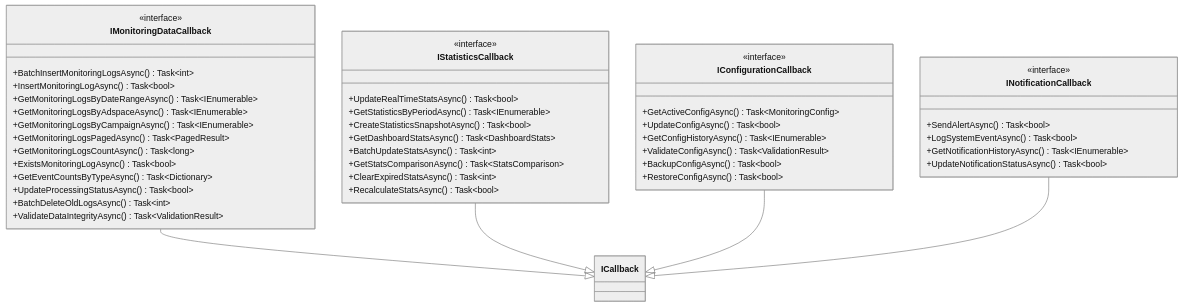
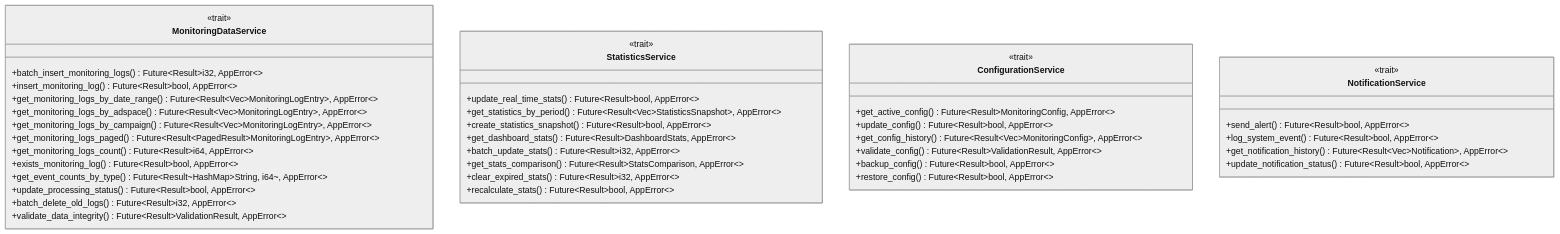
Before and after one commit to lornshrimp/Lorn.ADSP.Rust: the third of 8 diagrams in docs_TecDesign/广告投放引擎/广告效果监测服务设计/广告效果监测服务数据访问层设计.md, drawn with Mermaid (neutral theme). The commit also changed other lines of this file and 8 other files, not shown here.

````diff
--- a/docs_TecDesign/广告投放引擎/广告效果监测服务设计/广告效果监测服务数据访问层设计.md
+++ b/docs_TecDesign/广告投放引擎/广告效果监测服务设计/广告效果监测服务数据访问层设计.md
@@ -87,53 +87,48 @@
 ```mermaid
 classDiagram
-    class IMonitoringDataCallback {
-        <<interface>>
-        +BatchInsertMonitoringLogsAsync() Task~int~
-        +InsertMonitoringLogAsync() Task~bool~
-        +GetMonitoringLogsByDateRangeAsync() Task~IEnumerable~
-        +GetMonitoringLogsByAdspaceAsync() Task~IEnumerable~
-        +GetMonitoringLogsByCampaignAsync() Task~IEnumerable~
-        +GetMonitoringLogsPagedAsync() Task~PagedResult~
-        +GetMonitoringLogsCountAsync() Task~long~
-        +ExistsMonitoringLogAsync() Task~bool~
-        +GetEventCountsByTypeAsync() Task~Dictionary~
-        +UpdateProcessingStatusAsync() Task~bool~
-        +BatchDeleteOldLogsAsync() Task~int~
-        +ValidateDataIntegrityAsync() Task~ValidationResult~
+    class MonitoringDataService {
+        <<trait>>
+        +batch_insert_monitoring_logs() Future~Result~i32, AppError~~
+        +insert_monitoring_log() Future~Result~bool, AppError~~
+        +get_monitoring_logs_by_date_range() Future~Result~Vec~MonitoringLogEntry~, AppError~~
+        +get_monitoring_logs_by_adspace() Future~Result~Vec~MonitoringLogEntry~, AppError~~
+        +get_monitoring_logs_by_campaign() Future~Result~Vec~MonitoringLogEntry~, AppError~~
+        +get_monitoring_logs_paged() Future~Result~PagedResult~MonitoringLogEntry~, AppError~~
+        +get_monitoring_logs_count() Future~Result~i64, AppError~~
+        +exists_monitoring_log() Future~Result~bool, AppError~~
+        +get_event_counts_by_type() Future~Result~HashMap~String, i64~, AppError~~
+        +update_processing_status() Future~Result~bool, AppError~~
+        +batch_delete_old_logs() Future~Result~i32, AppError~~
+        +validate_data_integrity() Future~Result~ValidationResult, AppError~~
     }
     
-    class IStatisticsCallback {
-        <<interface>>
-        +UpdateRealTimeStatsAsync() Task~bool~
-        +GetStatisticsByPeriodAsync() Task~IEnumerable~
-        +CreateStatisticsSnapshotAsync() Task~bool~
-        +GetDashboardStatsAsync() Task~DashboardStats~
-        +BatchUpdateStatsAsync() Task~int~
-        +GetStatsComparisonAsync() Task~StatsComparison~
-        +ClearExpiredStatsAsync() Task~int~
-        +RecalculateStatsAsync() Task~bool~
+    class StatisticsService {
+        <<trait>>
+        +update_real_time_stats() Future~Result~bool, AppError~~
+        +get_statistics_by_period() Future~Result~Vec~StatisticsSnapshot~, AppError~~
+        +create_statistics_snapshot() Future~Result~bool, AppError~~
+        +get_dashboard_stats() Future~Result~DashboardStats, AppError~~
+        +batch_update_stats() Future~Result~i32, AppError~~
+        +get_stats_comparison() Future~Result~StatsComparison, AppError~~
+        +clear_expired_stats() Future~Result~i32, AppError~~
+        +recalculate_stats() Future~Result~bool, AppError~~
     }
     
-    class IConfigurationCallback {
-        <<interface>>
-        +GetActiveConfigAsync() Task~MonitoringConfig~
-        +UpdateConfigAsync() Task~bool~
-        +GetConfigHistoryAsync() Task~IEnumerable~
-        +ValidateConfigAsync() Task~ValidationResult~
-        +BackupConfigAsync() Task~bool~
-        +RestoreConfigAsync() Task~bool~
+    class ConfigurationService {
+        <<trait>>
+        +get_active_config() Future~Result~MonitoringConfig, AppError~~
+        +update_config() Future~Result~bool, AppError~~
+        +get_config_history() Future~Result~Vec~MonitoringConfig~, AppError~~
+        +validate_config() Future~Result~ValidationResult, AppError~~
+        +backup_config() Future~Result~bool, AppError~~
+        +restore_config() Future~Result~bool, AppError~~
     }
     
-    class INotificationCallback {
-        <<interface>>
-        +SendAlertAsync() Task~bool~
-        +LogSystemEventAsync() Task~bool~
-        +GetNotificationHistoryAsync() Task~IEnumerable~
-        +UpdateNotificationStatusAsync() Task~bool~
+    class NotificationService {
+        <<trait>>
+        +send_alert() Future~Result~bool, AppError~~
+        +log_system_event() Future~Result~bool, AppError~~
+        +get_notification_history() Future~Result~Vec~Notification~, AppError~~
+        +update_notification_status() Future~Result~bool, AppError~~
     }
-    
-    IMonitoringDataCallback --|> ICallback
-    IStatisticsCallback --|> ICallback
-    IConfigurationCallback --|> ICallback
-    INotificationCallback --|> ICallback
 ```
````
